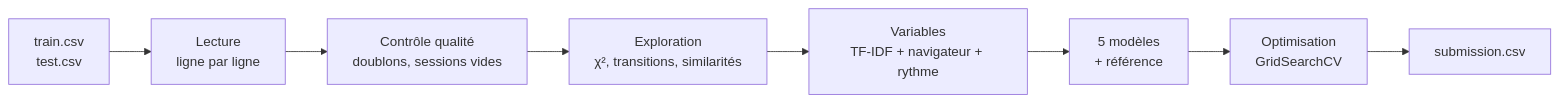
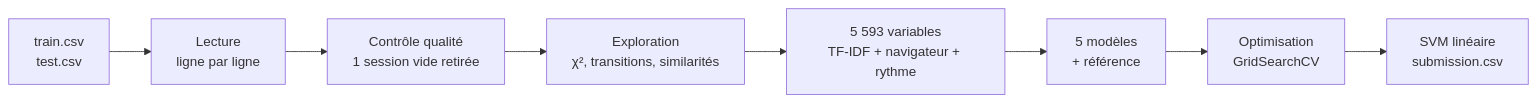
Before and after one commit to valponce/BE_DataSciences: the diagram in README.md, drawn with Mermaid. The commit also changed other lines of this file and 19 other files, not shown here.

````diff
--- a/README.md
+++ b/README.md
@@ -87,10 +103,10 @@
 ```mermaid
 flowchart LR
     A[train.csv<br/>test.csv] --> B[Lecture<br/>ligne par ligne]
-    B --> C[Contrôle qualité<br/>doublons, sessions vides]
+    B --> C[Contrôle qualité<br/>1 session vide retirée]
     C --> D[Exploration<br/>χ², transitions, similarités]
-    D --> E[Variables<br/>TF-IDF + navigateur + rythme]
+    D --> E[5 593 variables<br/>TF-IDF + navigateur + rythme]
     E --> F[5 modèles<br/>+ référence]
     F --> G[Optimisation<br/>GridSearchCV]
-    G --> H[submission.csv]
+    G --> H[SVM linéaire<br/>submission.csv]
 ```
````
